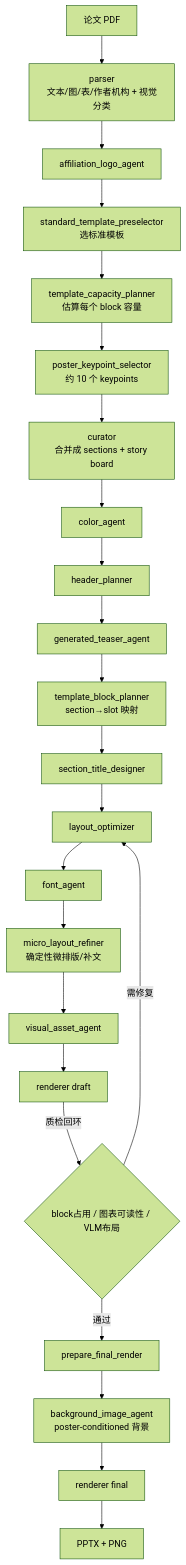
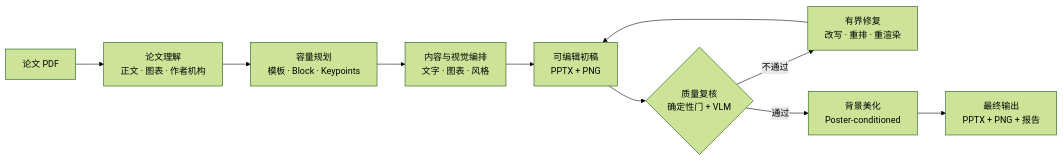
The diagram in README.md (Jackey0903/PosterMELD), drawn with Mermaid (forest theme) before and after one commit. The commit also changed other lines of this file and 7 other files, not shown here.

````diff
--- a/README.md
+++ b/README.md
@@ -26,19 +119,12 @@
 ```mermaid
-flowchart TD
-    A[论文 PDF] --> P[parser<br/>文本/图/表/作者机构 + 视觉分类]
-    P --> AL[affiliation_logo_agent]
-    AL --> STP[standard_template_preselector<br/>选标准模板]
-    STP --> TCP[template_capacity_planner<br/>估算每个 block 容量]
-    TCP --> KP[poster_keypoint_selector<br/>约 10 个 keypoints]
-    KP --> CU[curator<br/>合并成 sections + story board]
-    CU --> CA[color_agent] --> HP[header_planner] --> GT[generated_teaser_agent]
-    GT --> TBP[template_block_planner<br/>section→slot 映射]
-    TBP --> STD[section_title_designer] --> LO[layout_optimizer]
-    LO --> FA[font_agent] --> ML[micro_layout_refiner<br/>确定性微排版/补文]
-    ML --> VA[visual_asset_agent] --> R1[renderer draft]
-    R1 -->|质检回环| RV{block占用 / 图表可读性 / VLM布局}
-    RV -->|需修复| LO
-    RV -->|通过| PF[prepare_final_render]
-    PF --> BG[background_image_agent<br/>poster-conditioned 背景]
-    BG --> R2[renderer final] --> OUT[PPTX + PNG]
+flowchart LR
+    A[论文 PDF] --> B[论文理解<br/>正文 · 图表 · 作者机构]
+    B --> C[容量规划<br/>模板 · Block · Keypoints]
+    C --> D[内容与视觉编排<br/>文字 · 图表 · 风格]
+    D --> E[可编辑初稿<br/>PPTX + PNG]
+    E --> F{质量复核<br/>确定性门 + VLM}
+    F -->|不通过| G[有界修复<br/>改写 · 重排 · 重渲染]
+    G --> E
+    F -->|通过| H[背景美化<br/>Poster-conditioned]
+    H --> I[最终输出<br/>PPTX + PNG + 报告]
 ```
````
